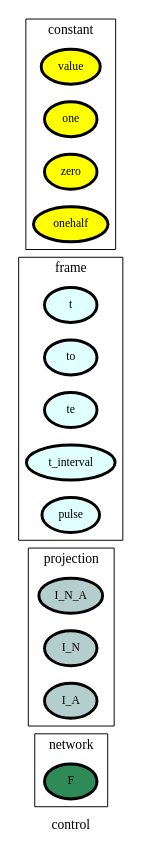
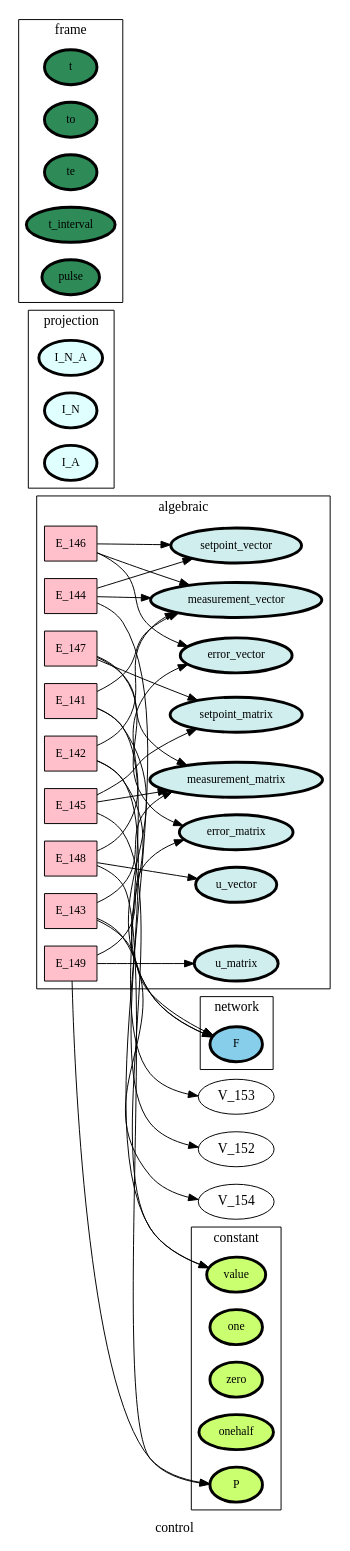
Before and after one commit to heinz-preisig/sandbox21: the diagram in ontology_graphs/graph__control.dot, drawn with Graphviz. The commit also changed 79 other files, not shown here.

```diff
--- a/ontology_graphs/graph__control.dot
+++ b/ontology_graphs/graph__control.dot
@@ -1,72 +1,122 @@
 digraph control {
 label=control;
 rankdir=LR;
 subgraph cluster_control___dataFlow {
 label=dataFlow;
 rankdir=LR;
 }
 
 subgraph cluster_control___input {
 label=input;
 rankdir=LR;
 }
 
 subgraph cluster_control___output {
 label=output;
 rankdir=LR;
 }
 
 subgraph cluster_control___network {
 label=network;
 rankdir=LR;
-V_10 [fillcolor=seagreen4, fontsize=12, label=F, penwidth=3, style=filled];
+V_10 [fillcolor=skyblue, fontsize=12, label=F, penwidth=3, style=filled];
 }
 
 subgraph cluster_control___projection {
 label=projection;
 rankdir=LR;
-V_48 [fillcolor=lightcyan3, fontsize=12, label=I_N_A, penwidth=3, style=filled];
-V_96 [fillcolor=lightcyan3, fontsize=12, label=I_N, penwidth=3, style=filled];
-V_97 [fillcolor=lightcyan3, fontsize=12, label=I_A, penwidth=3, style=filled];
+V_48 [fillcolor=lightcyan, fontsize=12, label=I_N_A, penwidth=3, style=filled];
+V_96 [fillcolor=lightcyan, fontsize=12, label=I_N, penwidth=3, style=filled];
+V_97 [fillcolor=lightcyan, fontsize=12, label=I_A, penwidth=3, style=filled];
 }
 
 subgraph cluster_control___localIndex {
 label=localIndex;
 rankdir=LR;
 }
 
 subgraph cluster_control___frame {
 label=frame;
 rankdir=LR;
-V_4 [fillcolor=lightcyan1, fontsize=12, label=t, penwidth=3, style=filled];
-V_5 [fillcolor=lightcyan1, fontsize=12, label=to, penwidth=3, style=filled];
-V_6 [fillcolor=lightcyan1, fontsize=12, label=te, penwidth=3, style=filled];
-V_7 [fillcolor=lightcyan1, fontsize=12, label=t_interval, penwidth=3, style=filled];
-V_9 [fillcolor=lightcyan1, fontsize=12, label=pulse, penwidth=3, style=filled];
+V_4 [fillcolor=seagreen4, fontsize=12, label=t, penwidth=3, style=filled];
+V_5 [fillcolor=seagreen4, fontsize=12, label=to, penwidth=3, style=filled];
+V_6 [fillcolor=seagreen4, fontsize=12, label=te, penwidth=3, style=filled];
+V_7 [fillcolor=seagreen4, fontsize=12, label=t_interval, penwidth=3, style=filled];
+V_9 [fillcolor=seagreen4, fontsize=12, label=pulse, penwidth=3, style=filled];
 }
 
 subgraph cluster_control___state {
 label=state;
 rankdir=LR;
 }
 
 subgraph cluster_control___constant {
 label=constant;
 rankdir=LR;
-V_1 [fillcolor=yellow, fontsize=12, label=value, penwidth=3, style=filled];
-V_2 [fillcolor=yellow, fontsize=12, label=one, penwidth=3, style=filled];
-V_3 [fillcolor=yellow, fontsize=12, label=zero, penwidth=3, style=filled];
-V_8 [fillcolor=yellow, fontsize=12, label=onehalf, penwidth=3, style=filled];
+V_1 [fillcolor=darkolivegreen1, fontsize=12, label=value, penwidth=3, style=filled];
+V_2 [fillcolor=darkolivegreen1, fontsize=12, label=one, penwidth=3, style=filled];
+V_3 [fillcolor=darkolivegreen1, fontsize=12, label=zero, penwidth=3, style=filled];
+V_8 [fillcolor=darkolivegreen1, fontsize=12, label=onehalf, penwidth=3, style=filled];
+V_159 [fillcolor=darkolivegreen1, fontsize=12, label=P, penwidth=3, style=filled];
 }
 
 subgraph cluster_control___diffState {
 label=diffState;
 rankdir=LR;
 }
 
+E_141 -> V_10  [splines=ortho];
+E_141 -> V_153  [splines=ortho];
+E_142 -> V_10  [splines=ortho];
+E_142 -> V_152  [splines=ortho];
+E_143 -> V_10  [splines=ortho];
+E_143 -> V_154  [splines=ortho];
+E_144 -> V_1  [splines=ortho];
+E_144 -> V_155  [splines=ortho];
+E_145 -> V_1  [splines=ortho];
+E_145 -> V_156  [splines=ortho];
+E_146 -> V_155  [splines=ortho];
+E_146 -> V_157  [splines=ortho];
+E_147 -> V_156  [splines=ortho];
+E_147 -> V_158  [splines=ortho];
+E_148 -> V_159  [splines=ortho];
+E_148 -> V_160  [splines=ortho];
+E_149 -> V_159  [splines=ortho];
+E_149 -> V_161  [splines=ortho];
 subgraph cluster_control___algebraic {
 label=algebraic;
+rankdir=LR;
+V_155 [fillcolor=lightcyan2, fontsize=12, label=measurement_vector, penwidth=3, style=filled];
+V_156 [fillcolor=lightcyan2, fontsize=12, label=measurement_matrix, penwidth=3, style=filled];
+V_157 [fillcolor=lightcyan2, fontsize=12, label=setpoint_vector, penwidth=3, style=filled];
+V_158 [fillcolor=lightcyan2, fontsize=12, label=setpoint_matrix, penwidth=3, style=filled];
+V_160 [fillcolor=lightcyan2, fontsize=12, label=error_vector, penwidth=3, style=filled];
+V_161 [fillcolor=lightcyan2, fontsize=12, label=error_matrix, penwidth=3, style=filled];
+V_162 [fillcolor=lightcyan2, fontsize=12, label=u_vector, penwidth=3, style=filled];
+V_163 [fillcolor=lightcyan2, fontsize=12, label=u_matrix, penwidth=3, style=filled];
+E_141 [fillcolor=pink, fontsize=12, shape=box, style=filled];
+E_141 -> V_155  [splines=ortho];
+E_142 [fillcolor=pink, fontsize=12, shape=box, style=filled];
+E_142 -> V_155  [splines=ortho];
+E_143 [fillcolor=pink, fontsize=12, shape=box, style=filled];
+E_143 -> V_156  [splines=ortho];
+E_144 [fillcolor=pink, fontsize=12, shape=box, style=filled];
+E_144 -> V_157  [splines=ortho];
+E_145 [fillcolor=pink, fontsize=12, shape=box, style=filled];
+E_145 -> V_158  [splines=ortho];
+E_146 [fillcolor=pink, fontsize=12, shape=box, style=filled];
+E_146 -> V_160  [splines=ortho];
+E_147 [fillcolor=pink, fontsize=12, shape=box, style=filled];
+E_147 -> V_161  [splines=ortho];
+E_148 [fillcolor=pink, fontsize=12, shape=box, style=filled];
+E_148 -> V_162  [splines=ortho];
+E_149 [fillcolor=pink, fontsize=12, shape=box, style=filled];
+E_149 -> V_163  [splines=ortho];
+}
+
+subgraph cluster_control___get {
+label=get;
 rankdir=LR;
 }
 
 }
```
